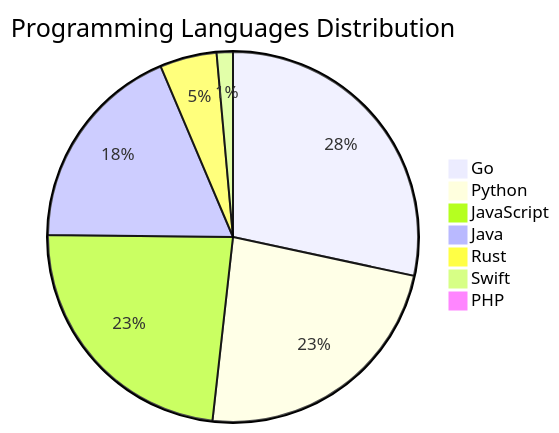
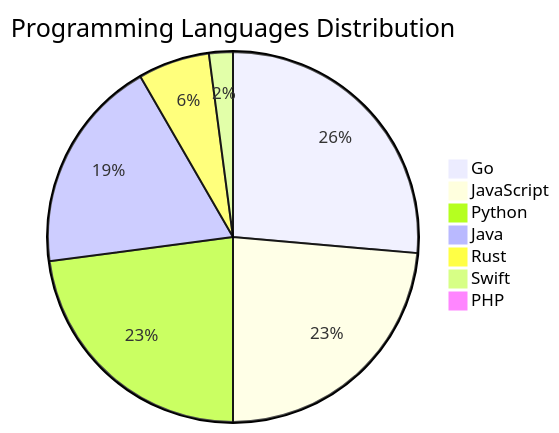
Before and after one commit to Derrick-MUGISHA/github-activity-bot: the diagram in README.md, drawn with Mermaid. The commit also changed other lines of this file and 4 other files, not shown here.

````diff
--- a/README.md
+++ b/README.md
@@ -208,10 +209,10 @@
 ```mermaid
 pie title Programming Languages Distribution
-    "Go" : 40
+    "Go" : 38
+    "JavaScript" : 34
     "Python" : 33
-    "JavaScript" : 33
-    "Java" : 26
-    "Rust" : 7
-    "Swift" : 2
+    "Java" : 27
+    "Rust" : 9
+    "Swift" : 3
     "PHP" : 1
 ```
````
